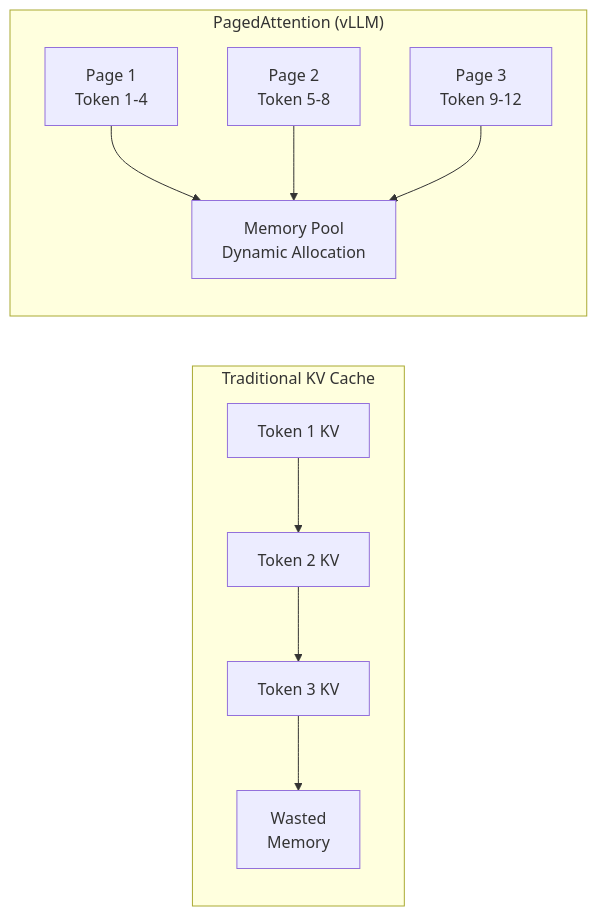
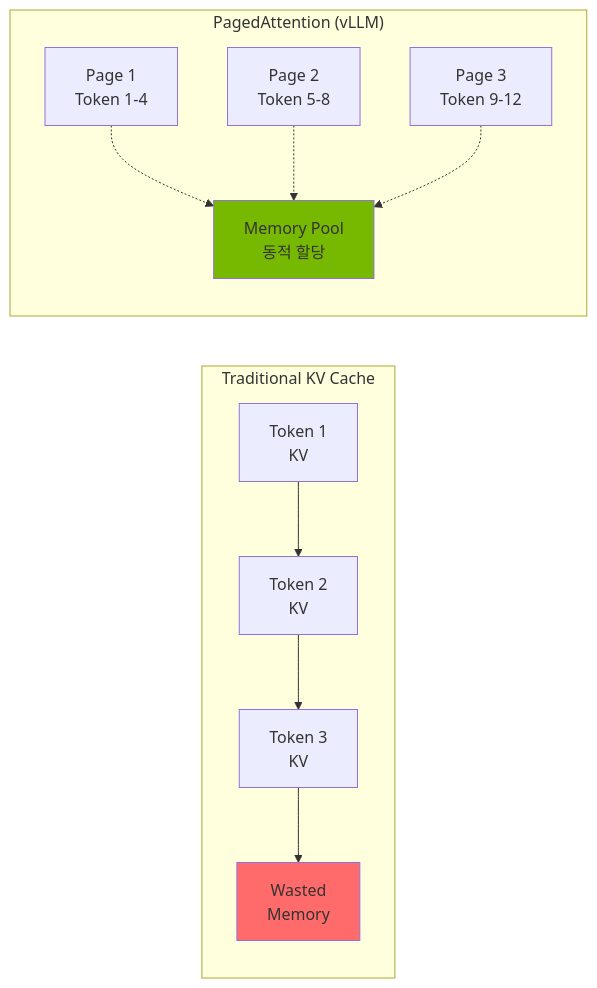
Before and after one commit to devfloor9/engineering-playbook: the fifth of 6 diagrams in docs/agentic-ai-platform/model-serving/moe-model-serving.md, drawn with Mermaid. The commit also changed other lines of this file and 24 other files, not shown here.

````diff
--- a/docs/agentic-ai-platform/model-serving/moe-model-serving.md
+++ b/docs/agentic-ai-platform/model-serving/moe-model-serving.md
@@ -886,15 +910,21 @@
 ```mermaid
 flowchart LR
-    subgraph "Traditional KV Cache"
-        T1[Token 1 KV] --> T2[Token 2 KV] --> T3[Token 3 KV]
+    subgraph Trad["Traditional KV Cache"]
+        T1[Token 1<br/>KV] --> T2[Token 2<br/>KV]
+        T2 --> T3[Token 3<br/>KV]
         T3 --> WASTE[Wasted<br/>Memory]
     end
-    
-    subgraph "PagedAttention (vLLM)"
+
+    subgraph Paged["PagedAttention (vLLM)"]
         P1[Page 1<br/>Token 1-4]
         P2[Page 2<br/>Token 5-8]
         P3[Page 3<br/>Token 9-12]
-        POOL[Memory Pool<br/>Dynamic Allocation]
-        P1 & P2 & P3 --> POOL
+        POOL[Memory Pool<br/>동적 할당]
+        P1 -.-> POOL
+        P2 -.-> POOL
+        P3 -.-> POOL
     end
+
+    style WASTE fill:#ff6b6b
+    style POOL fill:#76b900
 ```
````
